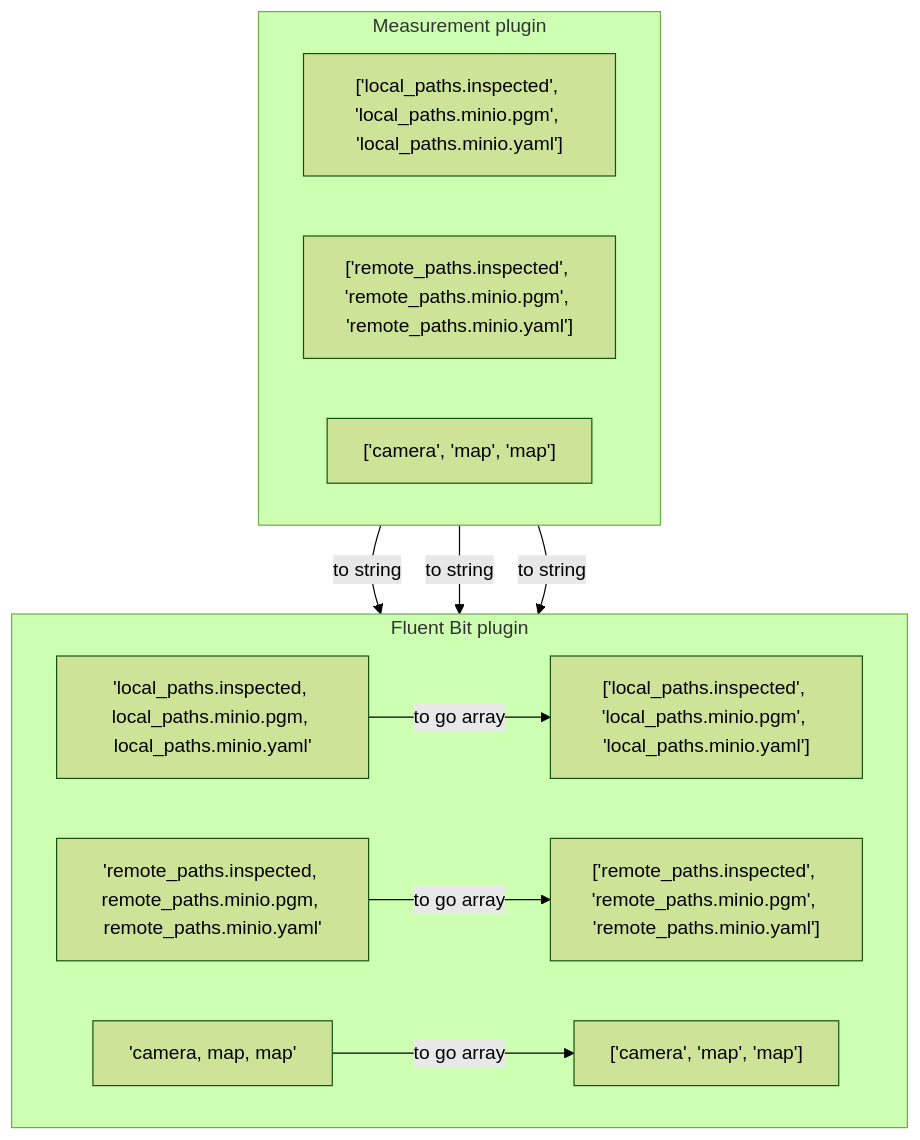
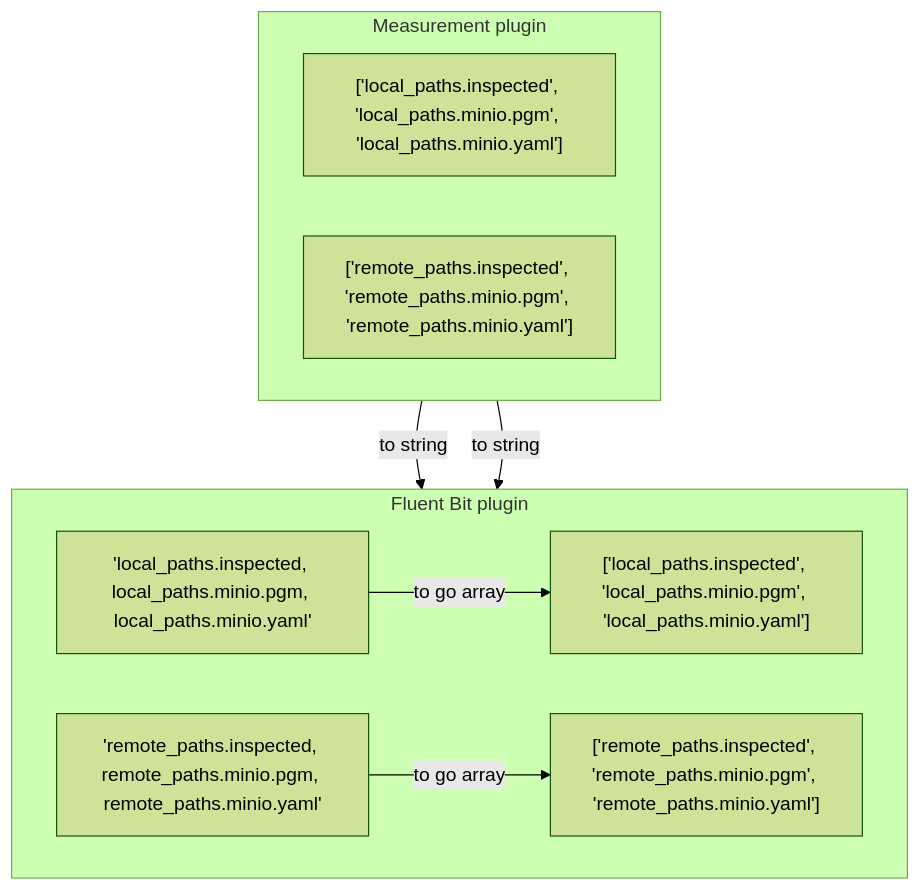
Before and after one commit to Minipada/ros2_data_collection: the diagram in doc/src/dc/destinations/flb_minio.md, drawn with Mermaid (forest theme). The commit also changed other lines of this file, not shown here.

Commit message:
doc: remove groups in flb_minio plugin documentation

````diff
--- a/doc/src/dc/destinations/flb_minio.md
+++ b/doc/src/dc/destinations/flb_minio.md
@@ -59,31 +57,24 @@
 ```mermaid
 flowchart TB
 
   subgraph ros2_plugin["Measurement plugin"]
     direction LR
     mp_src_fields["['local_paths.inspected', 'local_paths.minio.pgm', 'local_paths.minio.yaml']"]
     mp_upload_fields["['remote_paths.inspected', 'remote_paths.minio.pgm', 'remote_paths.minio.yaml']"]
-    mp_group_fields["['camera', 'map', 'map']"]
   end
 
   subgraph flb_plugin["Fluent Bit plugin"]
     direction LR
     flb_src_fields["'local_paths.inspected, local_paths.minio.pgm, local_paths.minio.yaml'"]
     flb_upload_fields["'remote_paths.inspected, remote_paths.minio.pgm, remote_paths.minio.yaml'"]
-    flb_group_fields["'camera, map, map'"]
 
     flb_split_src_fields["['local_paths.inspected', 'local_paths.minio.pgm', 'local_paths.minio.yaml']"]
     flb_split_upload_fields["['remote_paths.inspected', 'remote_paths.minio.pgm', 'remote_paths.minio.yaml']"]
-    flb_split_group_fields["['camera', 'map', 'map']"]
   end
 
   mp_src_fields--"to string"-->flb_src_fields
   mp_upload_fields--"to string"-->flb_upload_fields
-  mp_group_fields--"to string"-->flb_group_fields
   flb_src_fields--"to go array"-->flb_split_src_fields
   flb_upload_fields--"to go array"-->flb_split_upload_fields
-  flb_group_fields--"to go array"-->flb_split_group_fields
-
-
 
 ```
````
